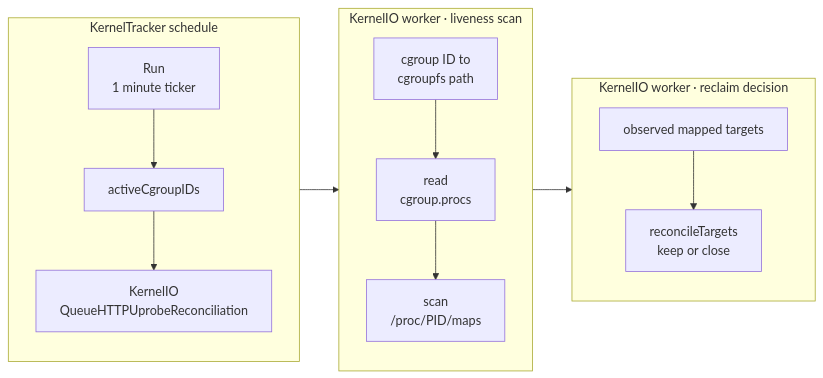
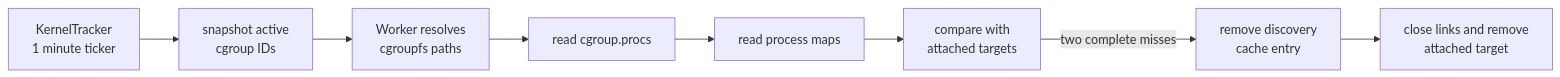
One commit to cicd-sensor/cicd-sensor changed the fourth of 4 diagrams in docs/developer-guide/ebpf/http-uprobes.md. Above: the diagram before and after it, drawn with Mermaid. The commit also changed other lines of this file and 38 other files, not shown here.

````diff
--- a/docs/developer-guide/ebpf/http-uprobes.md
+++ b/docs/developer-guide/ebpf/http-uprobes.md
@@ -220,28 +248,14 @@
 ```mermaid
 flowchart LR
-    subgraph SCHEDULE["KernelTracker schedule"]
-        direction TB
-        T["Run<br/>1 minute ticker"]
-        IDS["activeCgroupIDs"]
-        Q["KernelIO<br/>QueueHTTPUprobeReconciliation"]
-        T --> IDS --> Q
-    end
+    TICK["KernelTracker<br/>1 minute ticker"]
+    IDS["snapshot active<br/>cgroup IDs"]
+    PATHS["Worker resolves<br/>cgroupfs paths"]
+    PIDS["read cgroup.procs"]
+    MAPS["read process maps"]
+    COMPARE["compare with<br/>attached targets"]
+    CACHE["remove discovery<br/>cache entry"]
+    CLOSE["close links and remove<br/>attached target"]
 
-    subgraph SCAN["KernelIO worker · liveness scan"]
-        direction TB
-        PATHS["cgroup ID to<br/>cgroupfs path"]
-        PIDS["read<br/>cgroup.procs"]
-        MAPS["scan<br/>/proc/PID/maps"]
-        PATHS --> PIDS --> MAPS
-    end
-
-    subgraph DECIDE["KernelIO worker · reclaim decision"]
-        direction TB
-        OBS["observed mapped targets"]
-        APPLY["reconcileTargets<br/>keep or close"]
-        OBS --> APPLY
-    end
-
-    Q --> PATHS
-    MAPS --> OBS
+    TICK --> IDS --> PATHS --> PIDS --> MAPS --> COMPARE
+    COMPARE -->|"two complete misses"| CACHE --> CLOSE
 ```
````
